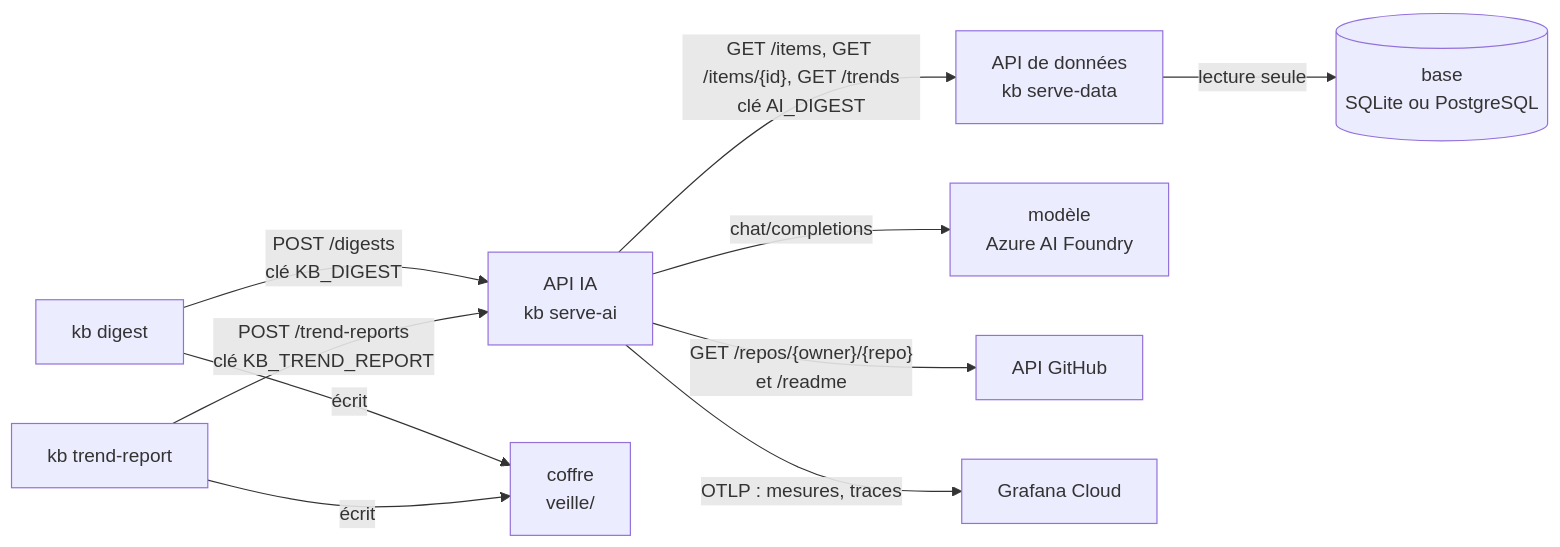
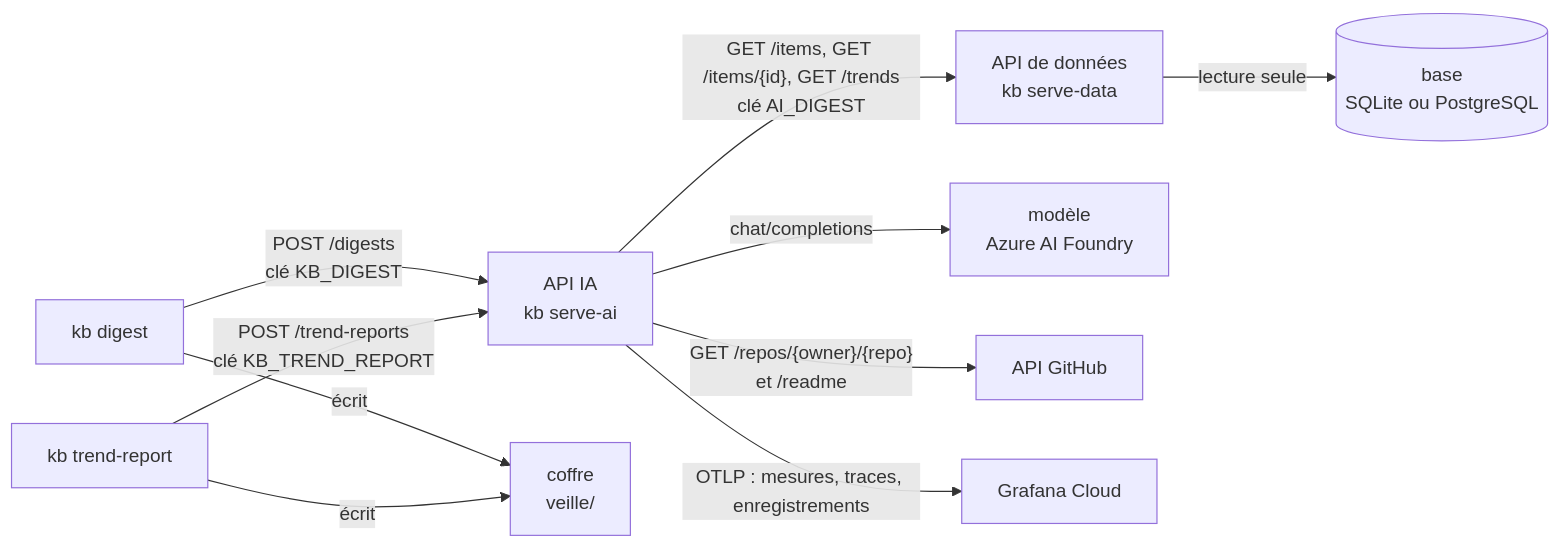
Before and after one commit to SabineLaurent/K-B: the first of 4 diagrams in docs/architecture-api-ia.md, drawn with Mermaid. The commit also changed other lines of this file and 2 other files, not shown here.

First line of the commit message:
docs: settle the review of the architecture of the AI API (issue 279)

````diff
--- a/docs/architecture-api-ia.md
+++ b/docs/architecture-api-ia.md
@@ -13,12 +13,12 @@
 ```mermaid
 flowchart LR
     digest["kb digest"] -->|"POST /digests<br>clé KB_DIGEST"| ai["API IA<br>kb serve-ai"]
     trend["kb trend-report"] -->|"POST /trend-reports<br>clé KB_TREND_REPORT"| ai
     ai -->|"GET /items, GET /items/{id}, GET /trends<br>clé AI_DIGEST"| data["API de données<br>kb serve-data"]
     data -->|"lecture seule"| base[("base<br>SQLite ou PostgreSQL")]
     ai -->|"chat/completions"| model["modèle<br>Azure AI Foundry"]
     ai -->|"GET /repos/{owner}/{repo}<br>et /readme"| github["API GitHub"]
-    ai -->|"OTLP : mesures, traces"| grafana["Grafana Cloud"]
+    ai -->|"OTLP : mesures, traces, enregistrements"| grafana["Grafana Cloud"]
     digest -->|"écrit"| vault["coffre<br>veille/"]
     trend -->|"écrit"| vault
 ```
````
